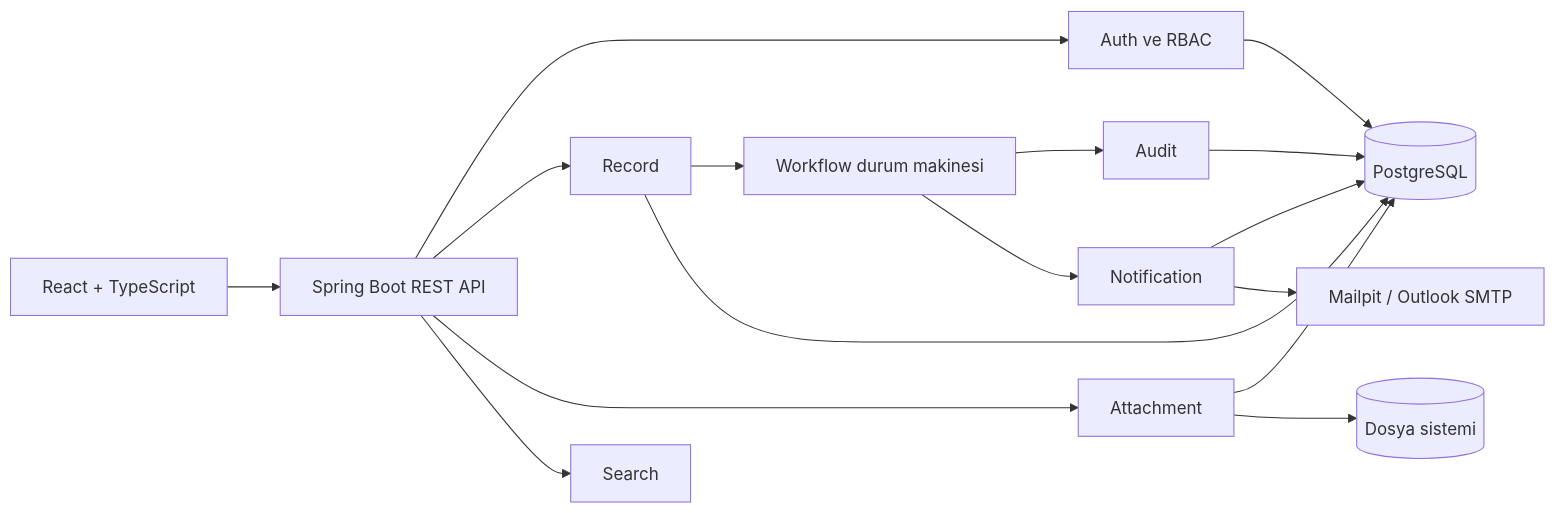
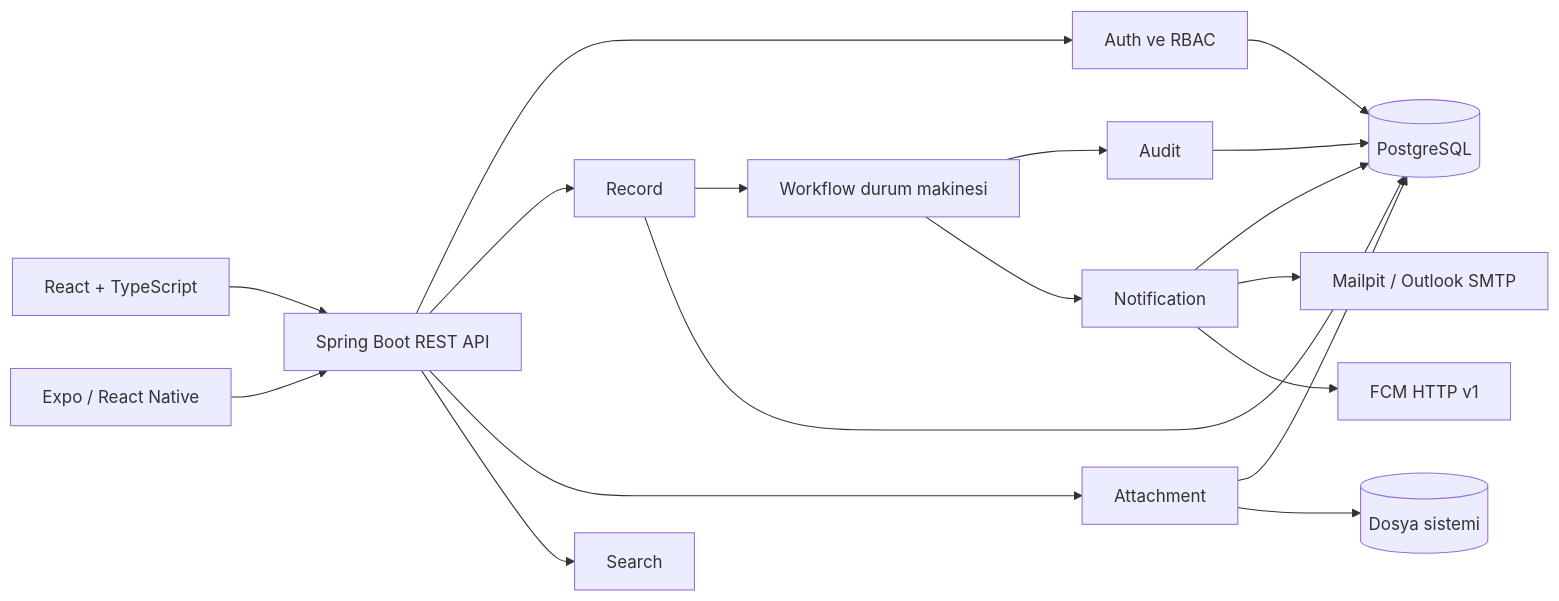
The second of 2 diagrams in README.md (btkstajyer26/WorkFlowProject), drawn with Mermaid before and after one commit. The commit also changed other lines of this file and 18 other files, not shown here.

````diff
--- a/README.md
+++ b/README.md
@@ -133,18 +131,20 @@
 ```mermaid
 flowchart LR
     UI[React + TypeScript] --> API[Spring Boot REST API]
+    MOBILE[Expo / React Native] --> API
     API --> AUTH[Auth ve RBAC]
     API --> RECORD[Record]
     API --> FILE[Attachment]
     API --> SEARCH[Search]
     RECORD --> WORKFLOW[Workflow durum makinesi]
     WORKFLOW --> AUDIT[Audit]
     WORKFLOW --> NOTIFY[Notification]
     AUTH --> DB[(PostgreSQL)]
     RECORD --> DB
     FILE --> DB
     FILE --> STORAGE[(Dosya sistemi)]
     AUDIT --> DB
     NOTIFY --> DB
     NOTIFY --> SMTP[Mailpit / Outlook SMTP]
+    NOTIFY --> PUSH[FCM HTTP v1]
 ```
````
